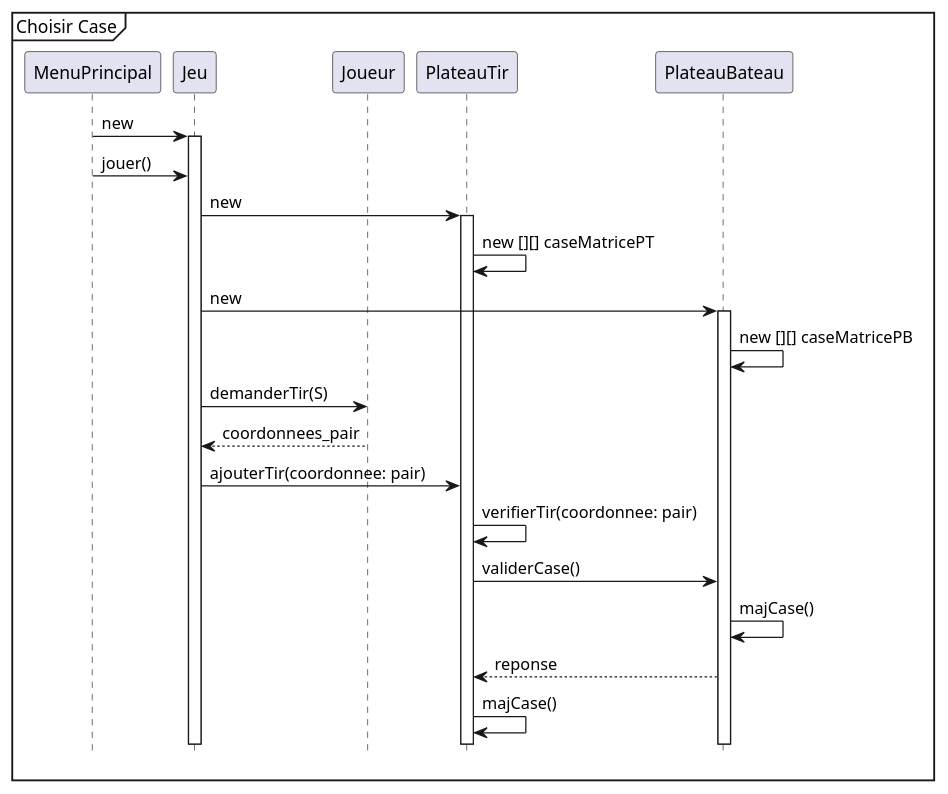
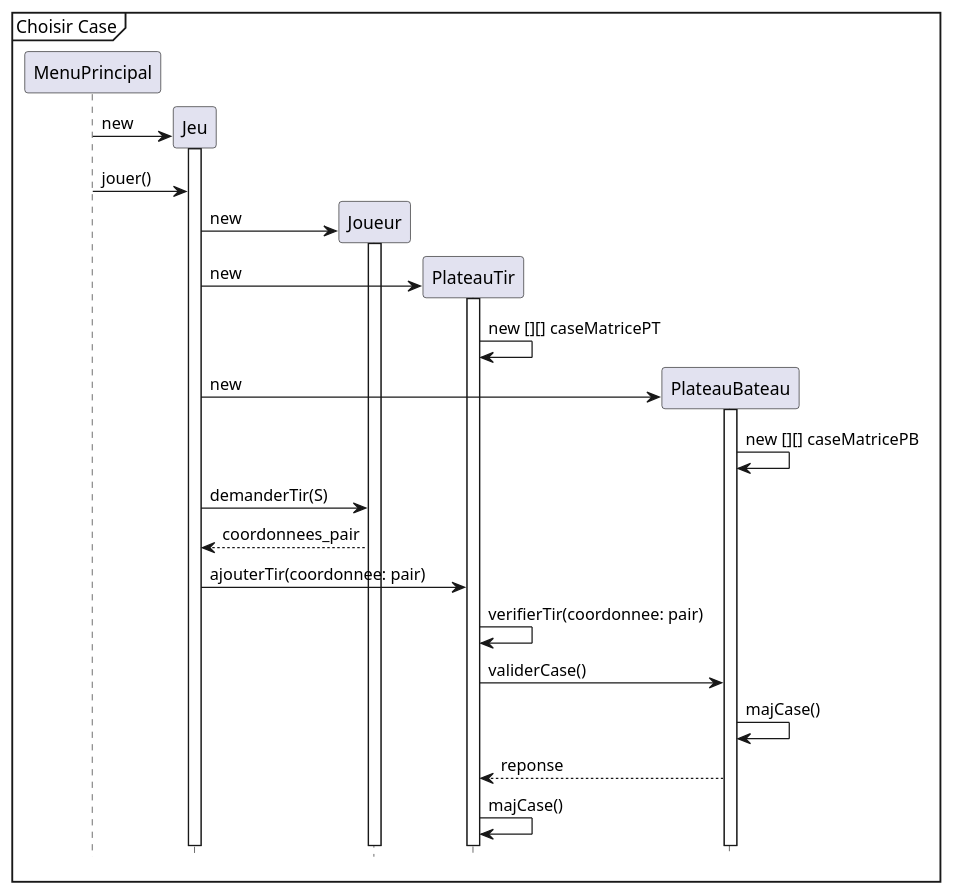
Before and after one commit to Patroklos99/5153_TP2-Battleship-AI-Pattern-Conception_Engineering2: the diagram in diagrammes_conception/diagrammes_sequence/choisir_case.puml, drawn with PlantUML. The commit also changed 4 other files, not shown here.

Commit message:
modif diagr seq choisir_case et ajout diagr seq creer_matriceCase

```diff
--- a/diagrammes_conception/diagrammes_sequence/choisir_case.puml
+++ b/diagrammes_conception/diagrammes_sequence/choisir_case.puml
@@ -1,30 +1,32 @@
 @startuml
 
 hide footbox
 
 mainframe Choisir Case
 
 participant MenuPrincipal
-participant Jeu as jeu
-participant Joueur as j
-participant PlateauTir as pt
-participant PlateauBateau as pb
-MenuPrincipal -> jeu : new
-activate jeu
-MenuPrincipal -> jeu : jouer()
-jeu -> pt : new
-activate pt
-pt -> pt : new [][] caseMatricePT
-jeu -> pb : new
-activate pb
-pb -> pb : new [][] caseMatricePB
-jeu -> j : demanderTir(S)
-j --> jeu : coordonnees_pair
-jeu -> pt : ajouterTir(coordonnee: pair)
-pt -> pt : verifierTir(coordonnee: pair)
-pt -> pb : validerCase()
-pb -> pb : majCase()
-pb --> pt : reponse
-pt -> pt : majCase()
+create Jeu
+MenuPrincipal -> Jeu : new
+activate Jeu
+MenuPrincipal -> Jeu : jouer()
+create Joueur
+Jeu -> Joueur : new
+activate Joueur
+create PlateauTir
+Jeu -> PlateauTir : new
+activate PlateauTir
+PlateauTir -> PlateauTir : new [][] caseMatricePT
+create PlateauBateau
+Jeu -> PlateauBateau : new
+activate PlateauBateau
+PlateauBateau -> PlateauBateau : new [][] caseMatricePB
+Jeu -> Joueur : demanderTir(S)
+Joueur --> Jeu : coordonnees_pair
+Jeu -> PlateauTir : ajouterTir(coordonnee: pair)
+PlateauTir -> PlateauTir : verifierTir(coordonnee: pair)
+PlateauTir -> PlateauBateau : validerCase()
+PlateauBateau -> PlateauBateau : majCase()
+PlateauBateau --> PlateauTir : reponse
+PlateauTir -> PlateauTir : majCase()
 
 @enduml
```
